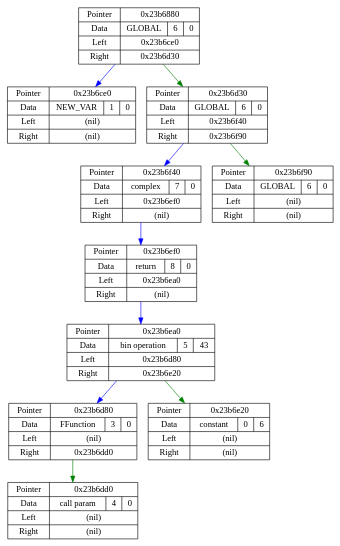
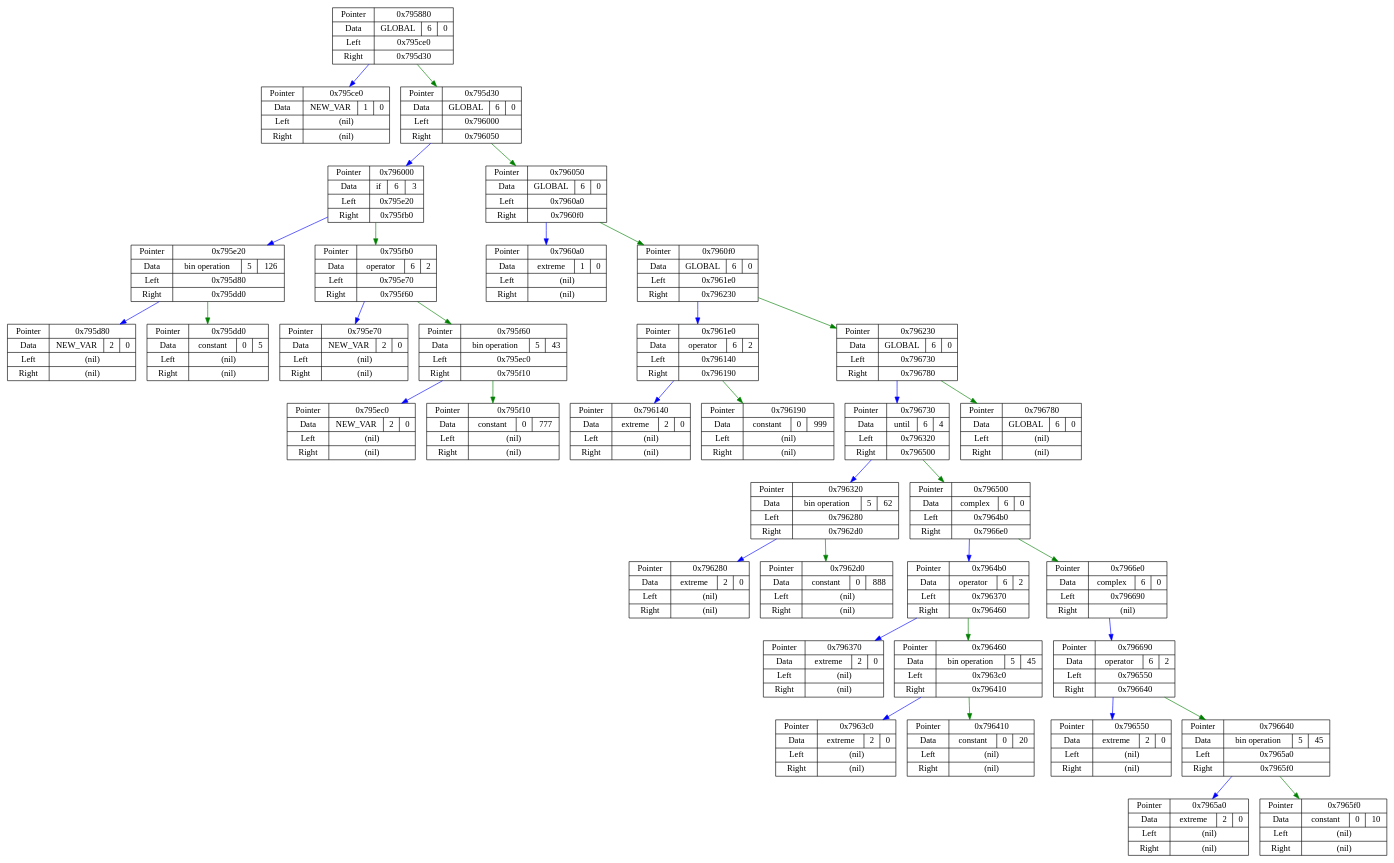
The diagram in Junk/dotdata.dot (E3798211/JIT), drawn with Graphviz before and after one commit. The commit also changed 4 other files, not shown here.

```diff
--- a/Junk/dotdata.dot
+++ b/Junk/dotdata.dot
@@ -1,22 +1,74 @@
 digraph G {
 node[shape = record];
-37447808  [label = "{ Pointer | Data | Left | Right }  | { 0x23b6880 | { GLOBAL | 6 | 0 } | 0x23b6ce0 | 0x23b6d30 }"];
-37448928  [label = "{ Pointer | Data | Left | Right }  | { 0x23b6ce0 | { NEW_VAR | 1 | 0 } | (nil) | (nil) }"];
-37449008  [label = "{ Pointer | Data | Left | Right }  | { 0x23b6d30 | { GLOBAL | 6 | 0 } | 0x23b6f40 | 0x23b6f90 }"];
-37449536  [label = "{ Pointer | Data | Left | Right }  | { 0x23b6f40 | { complex | 7 | 0 } | 0x23b6ef0 | (nil) }"];
-37449456  [label = "{ Pointer | Data | Left | Right }  | { 0x23b6ef0 | { return | 8 | 0 } | 0x23b6ea0 | (nil) }"];
-37449376  [label = "{ Pointer | Data | Left | Right }  | { 0x23b6ea0 | { bin operation | 5 | 43 } | 0x23b6d80 | 0x23b6e20 }"];
-37449088  [label = "{ Pointer | Data | Left | Right }  | { 0x23b6d80 | { FFunction | 3 | 0 } | (nil) | 0x23b6dd0 }"];
-37449168  [label = "{ Pointer | Data | Left | Right }  | { 0x23b6dd0 | { call param | 4 | 0 } | (nil) | (nil) }"];
-37449248  [label = "{ Pointer | Data | Left | Right }  | { 0x23b6e20 | { constant | 0 | 6 } | (nil) | (nil) }"];
-37449616  [label = "{ Pointer | Data | Left | Right }  | { 0x23b6f90 | { GLOBAL | 6 | 0 } | (nil) | (nil) }"];
-37447808 -> 37448928 [color = blue];
-37447808 -> 37449008 [color = green];
-37449008 -> 37449536 [color = blue];
-37449008 -> 37449616 [color = green];
-37449536 -> 37449456 [color = blue];
-37449456 -> 37449376 [color = blue];
-37449376 -> 37449088 [color = blue];
-37449376 -> 37449248 [color = green];
-37449088 -> 37449168 [color = green];
+7952512  [label = "{ Pointer | Data | Left | Right }  | { 0x795880 | { GLOBAL | 6 | 0 } | 0x795ce0 | 0x795d30 }"];
+7953632  [label = "{ Pointer | Data | Left | Right }  | { 0x795ce0 | { NEW_VAR | 1 | 0 } | (nil) | (nil) }"];
+7953712  [label = "{ Pointer | Data | Left | Right }  | { 0x795d30 | { GLOBAL | 6 | 0 } | 0x796000 | 0x796050 }"];
+7954432  [label = "{ Pointer | Data | Left | Right }  | { 0x796000 | { if | 6 | 3 } | 0x795e20 | 0x795fb0 }"];
+7953952  [label = "{ Pointer | Data | Left | Right }  | { 0x795e20 | { bin operation | 5 | 126 } | 0x795d80 | 0x795dd0 }"];
+7953792  [label = "{ Pointer | Data | Left | Right }  | { 0x795d80 | { NEW_VAR | 2 | 0 } | (nil) | (nil) }"];
+7953872  [label = "{ Pointer | Data | Left | Right }  | { 0x795dd0 | { constant | 0 | 5 } | (nil) | (nil) }"];
+7954352  [label = "{ Pointer | Data | Left | Right }  | { 0x795fb0 | { operator | 6 | 2 } | 0x795e70 | 0x795f60 }"];
+7954032  [label = "{ Pointer | Data | Left | Right }  | { 0x795e70 | { NEW_VAR | 2 | 0 } | (nil) | (nil) }"];
+7954272  [label = "{ Pointer | Data | Left | Right }  | { 0x795f60 | { bin operation | 5 | 43 } | 0x795ec0 | 0x795f10 }"];
+7954112  [label = "{ Pointer | Data | Left | Right }  | { 0x795ec0 | { NEW_VAR | 2 | 0 } | (nil) | (nil) }"];
+7954192  [label = "{ Pointer | Data | Left | Right }  | { 0x795f10 | { constant | 0 | 777 } | (nil) | (nil) }"];
+7954512  [label = "{ Pointer | Data | Left | Right }  | { 0x796050 | { GLOBAL | 6 | 0 } | 0x7960a0 | 0x7960f0 }"];
+7954592  [label = "{ Pointer | Data | Left | Right }  | { 0x7960a0 | { extreme | 1 | 0 } | (nil) | (nil) }"];
+7954672  [label = "{ Pointer | Data | Left | Right }  | { 0x7960f0 | { GLOBAL | 6 | 0 } | 0x7961e0 | 0x796230 }"];
+7954912  [label = "{ Pointer | Data | Left | Right }  | { 0x7961e0 | { operator | 6 | 2 } | 0x796140 | 0x796190 }"];
+7954752  [label = "{ Pointer | Data | Left | Right }  | { 0x796140 | { extreme | 2 | 0 } | (nil) | (nil) }"];
+7954832  [label = "{ Pointer | Data | Left | Right }  | { 0x796190 | { constant | 0 | 999 } | (nil) | (nil) }"];
+7954992  [label = "{ Pointer | Data | Left | Right }  | { 0x796230 | { GLOBAL | 6 | 0 } | 0x796730 | 0x796780 }"];
+7956272  [label = "{ Pointer | Data | Left | Right }  | { 0x796730 | { until | 6 | 4 } | 0x796320 | 0x796500 }"];
+7955232  [label = "{ Pointer | Data | Left | Right }  | { 0x796320 | { bin operation | 5 | 62 } | 0x796280 | 0x7962d0 }"];
+7955072  [label = "{ Pointer | Data | Left | Right }  | { 0x796280 | { extreme | 2 | 0 } | (nil) | (nil) }"];
+7955152  [label = "{ Pointer | Data | Left | Right }  | { 0x7962d0 | { constant | 0 | 888 } | (nil) | (nil) }"];
+7955712  [label = "{ Pointer | Data | Left | Right }  | { 0x796500 | { complex | 6 | 0 } | 0x7964b0 | 0x7966e0 }"];
+7955632  [label = "{ Pointer | Data | Left | Right }  | { 0x7964b0 | { operator | 6 | 2 } | 0x796370 | 0x796460 }"];
+7955312  [label = "{ Pointer | Data | Left | Right }  | { 0x796370 | { extreme | 2 | 0 } | (nil) | (nil) }"];
+7955552  [label = "{ Pointer | Data | Left | Right }  | { 0x796460 | { bin operation | 5 | 45 } | 0x7963c0 | 0x796410 }"];
+7955392  [label = "{ Pointer | Data | Left | Right }  | { 0x7963c0 | { extreme | 2 | 0 } | (nil) | (nil) }"];
+7955472  [label = "{ Pointer | Data | Left | Right }  | { 0x796410 | { constant | 0 | 20 } | (nil) | (nil) }"];
+7956192  [label = "{ Pointer | Data | Left | Right }  | { 0x7966e0 | { complex | 6 | 0 } | 0x796690 | (nil) }"];
+7956112  [label = "{ Pointer | Data | Left | Right }  | { 0x796690 | { operator | 6 | 2 } | 0x796550 | 0x796640 }"];
+7955792  [label = "{ Pointer | Data | Left | Right }  | { 0x796550 | { extreme | 2 | 0 } | (nil) | (nil) }"];
+7956032  [label = "{ Pointer | Data | Left | Right }  | { 0x796640 | { bin operation | 5 | 45 } | 0x7965a0 | 0x7965f0 }"];
+7955872  [label = "{ Pointer | Data | Left | Right }  | { 0x7965a0 | { extreme | 2 | 0 } | (nil) | (nil) }"];
+7955952  [label = "{ Pointer | Data | Left | Right }  | { 0x7965f0 | { constant | 0 | 10 } | (nil) | (nil) }"];
+7956352  [label = "{ Pointer | Data | Left | Right }  | { 0x796780 | { GLOBAL | 6 | 0 } | (nil) | (nil) }"];
+7952512 -> 7953632 [color = blue];
+7952512 -> 7953712 [color = green];
+7953712 -> 7954432 [color = blue];
+7953712 -> 7954512 [color = green];
+7954432 -> 7953952 [color = blue];
+7954432 -> 7954352 [color = green];
+7953952 -> 7953792 [color = blue];
+7953952 -> 7953872 [color = green];
+7954352 -> 7954032 [color = blue];
+7954352 -> 7954272 [color = green];
+7954272 -> 7954112 [color = blue];
+7954272 -> 7954192 [color = green];
+7954512 -> 7954592 [color = blue];
+7954512 -> 7954672 [color = green];
+7954672 -> 7954912 [color = blue];
+7954672 -> 7954992 [color = green];
+7954912 -> 7954752 [color = blue];
+7954912 -> 7954832 [color = green];
+7954992 -> 7956272 [color = blue];
+7954992 -> 7956352 [color = green];
+7956272 -> 7955232 [color = blue];
+7956272 -> 7955712 [color = green];
+7955232 -> 7955072 [color = blue];
+7955232 -> 7955152 [color = green];
+7955712 -> 7955632 [color = blue];
+7955712 -> 7956192 [color = green];
+7955632 -> 7955312 [color = blue];
+7955632 -> 7955552 [color = green];
+7955552 -> 7955392 [color = blue];
+7955552 -> 7955472 [color = green];
+7956192 -> 7956112 [color = blue];
+7956112 -> 7955792 [color = blue];
+7956112 -> 7956032 [color = green];
+7956032 -> 7955872 [color = blue];
+7956032 -> 7955952 [color = green];
 }
```
